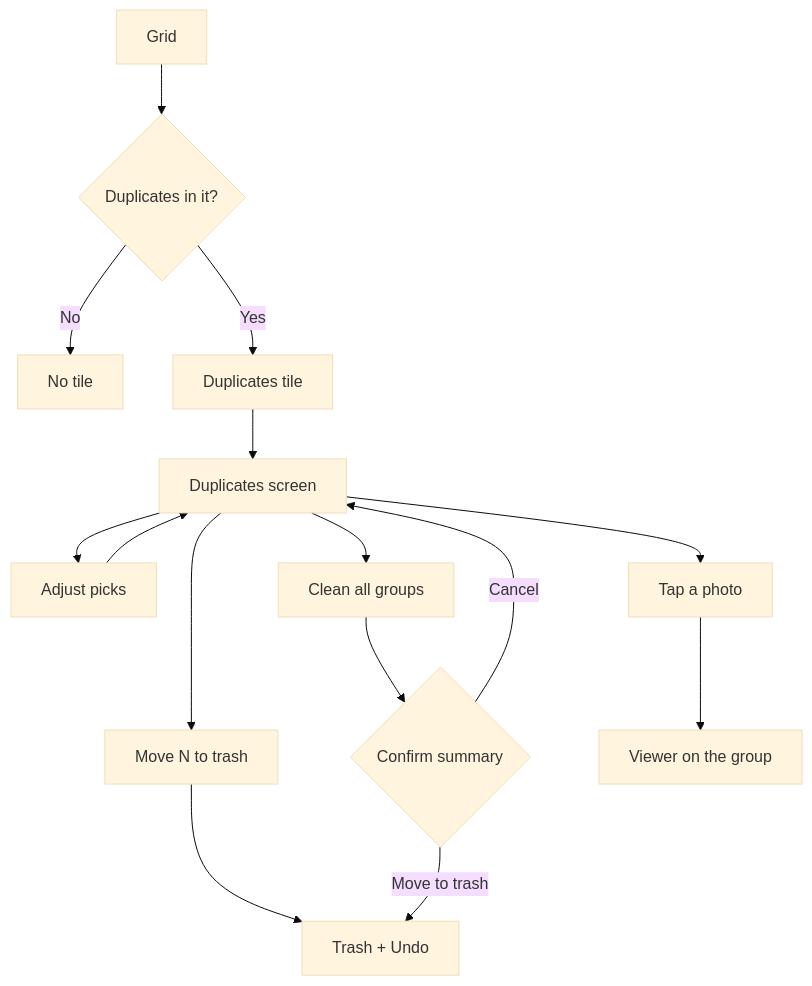
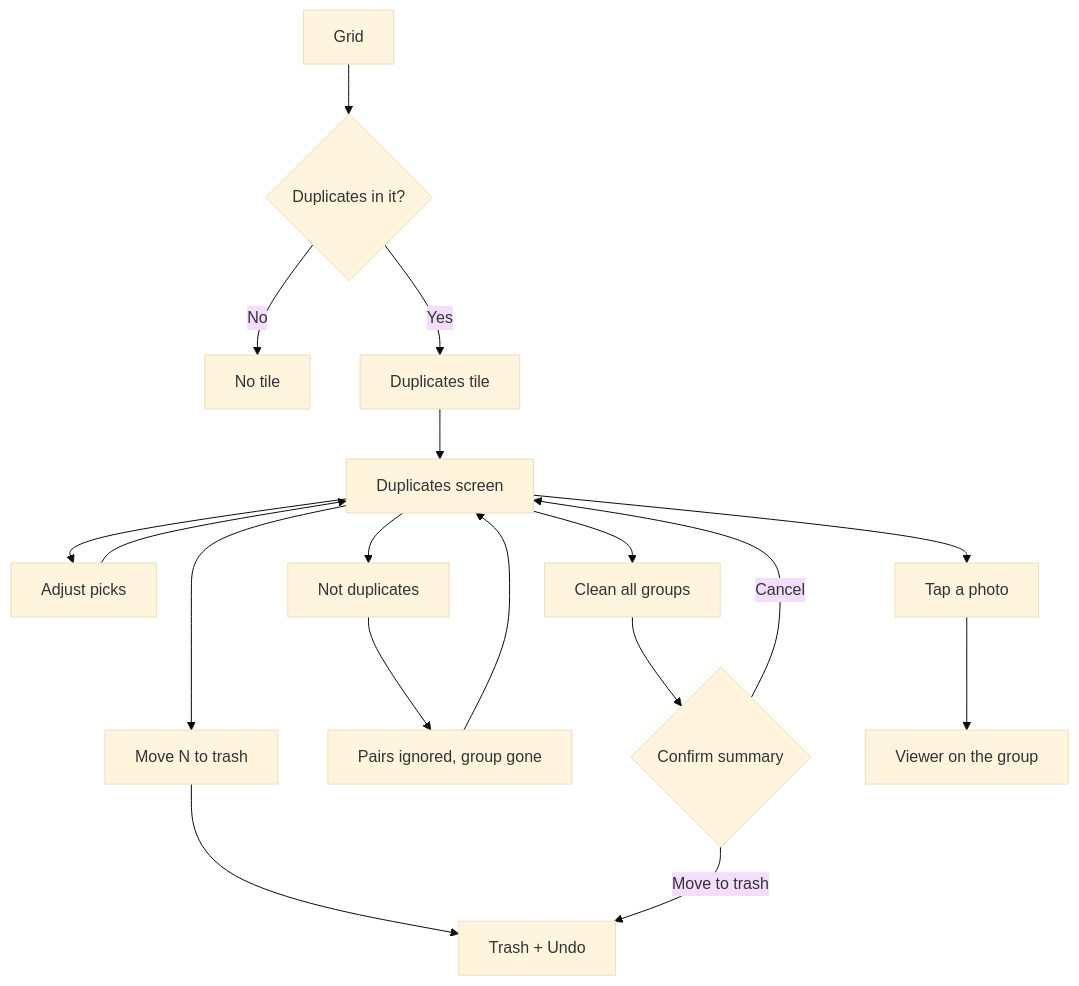
One commit to Bichoumac/Clean-Gallery changed the diagram in docs/features/duplicates.md. Above: the diagram before and after it, drawn with Mermaid (base theme). The commit also changed other lines of this file and 16 other files, not shown here.

````diff
--- a/docs/features/duplicates.md
+++ b/docs/features/duplicates.md
@@ -21,11 +22,12 @@
 ```mermaid
 flowchart TD
     A[Grid] --> B{Duplicates in it?}
     B -->|No| C[No tile]
     B -->|Yes| D[Duplicates tile] --> E[Duplicates screen]
     E --> F[Adjust picks] --> E
     E --> G[Move N to trash] --> H[Trash + Undo]
+    E --> N[Not duplicates] --> M[Pairs ignored, group gone] --> E
     E --> I[Clean all groups] --> J{Confirm summary} -->|Move to trash| H
     J -->|Cancel| E
     E --> K[Tap a photo] --> L[Viewer on the group]
 ```
````
